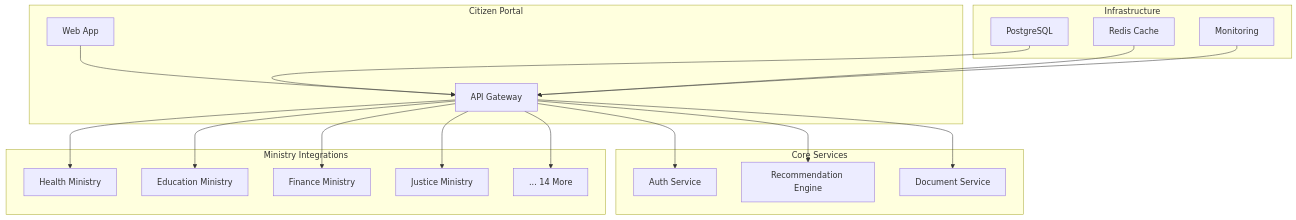
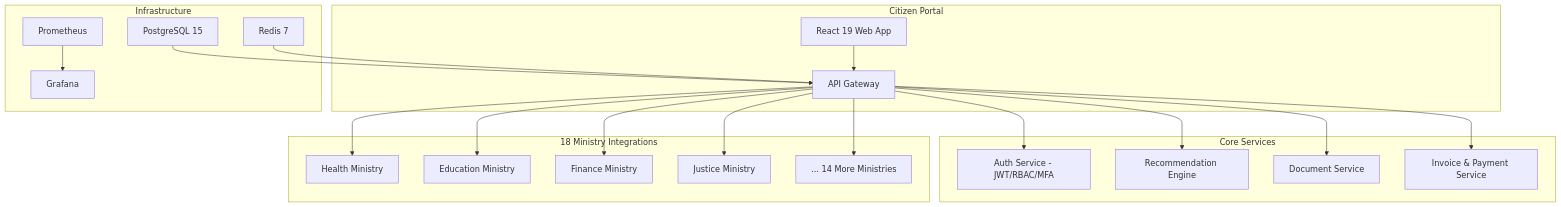
Before and after one commit to lydianai/ade.ailydian.com: the diagram in README.md, drawn with Mermaid. The commit also changed other lines of this file and 2 other files, not shown here.

````diff
--- a/README.md
+++ b/README.md
@@ -59,23 +144,24 @@
 ```mermaid
 graph TD
     subgraph "Citizen Portal"
-        A[Web App] --> B[API Gateway]
+        A[React 19 Web App] --> B[API Gateway]
     end
     subgraph "Core Services"
-        B --> C[Auth Service]
+        B --> C[Auth Service - JWT/RBAC/MFA]
         B --> D[Recommendation Engine]
         B --> E[Document Service]
+        B --> F[Invoice & Payment Service]
     end
-    subgraph "Ministry Integrations"
-        B --> F[Health Ministry]
-        B --> G[Education Ministry]
-        B --> H[Finance Ministry]
-        B --> I[Justice Ministry]
-        B --> J[... 14 More]
+    subgraph "18 Ministry Integrations"
+        B --> G[Health Ministry]
+        B --> H[Education Ministry]
+        B --> I[Finance Ministry]
+        B --> J[Justice Ministry]
+        B --> K[... 14 More Ministries]
     end
     subgraph "Infrastructure"
-        K[PostgreSQL] --> B
-        L[Redis Cache] --> B
-        M[Monitoring] --> B
+        L[PostgreSQL 15] --> B
+        M[Redis 7] --> B
+        N[Prometheus] --> O[Grafana]
     end
 ```
````
